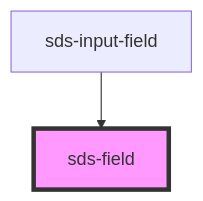
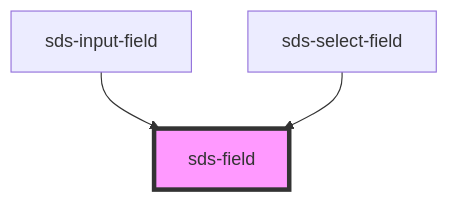
Before and after one commit to chodgesfigma/sds-mono: the diagram in sds-web-components/src/ui/primitives/sds-field/readme.md, drawn with Mermaid. The commit also changed other lines of this file and 16 other files, not shown here.

````diff
--- a/sds-web-components/src/ui/primitives/sds-field/readme.md
+++ b/sds-web-components/src/ui/primitives/sds-field/readme.md
@@ -25,5 +24,6 @@
 ```mermaid
 graph TD;
   sds-input-field --> sds-field
+  sds-select-field --> sds-field
   style sds-field fill:#f9f,stroke:#333,stroke-width:4px
 ```
````
